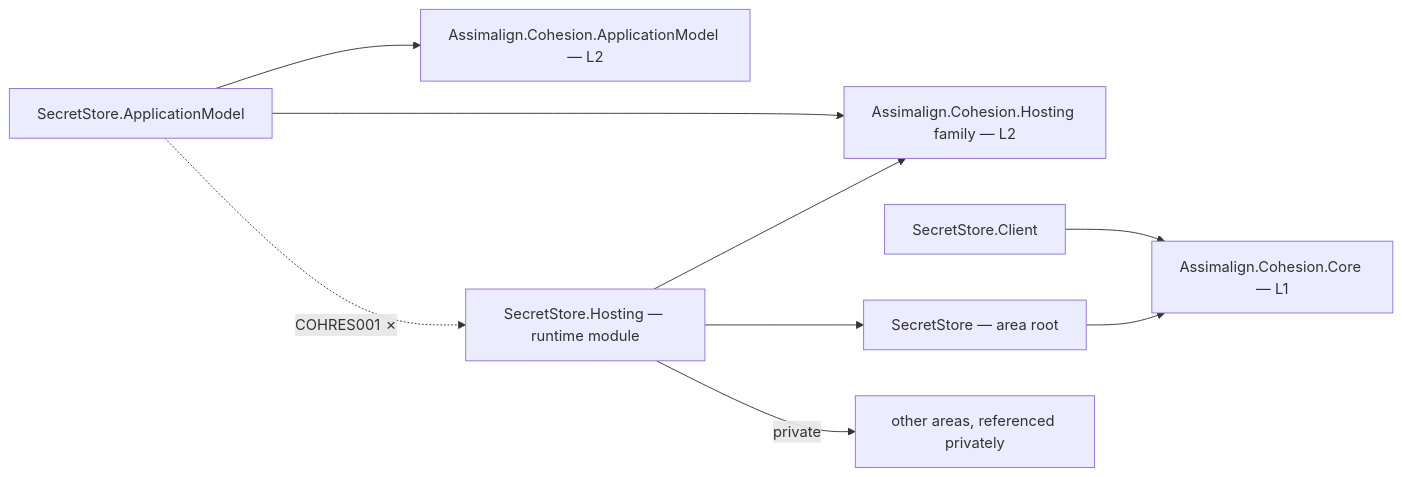
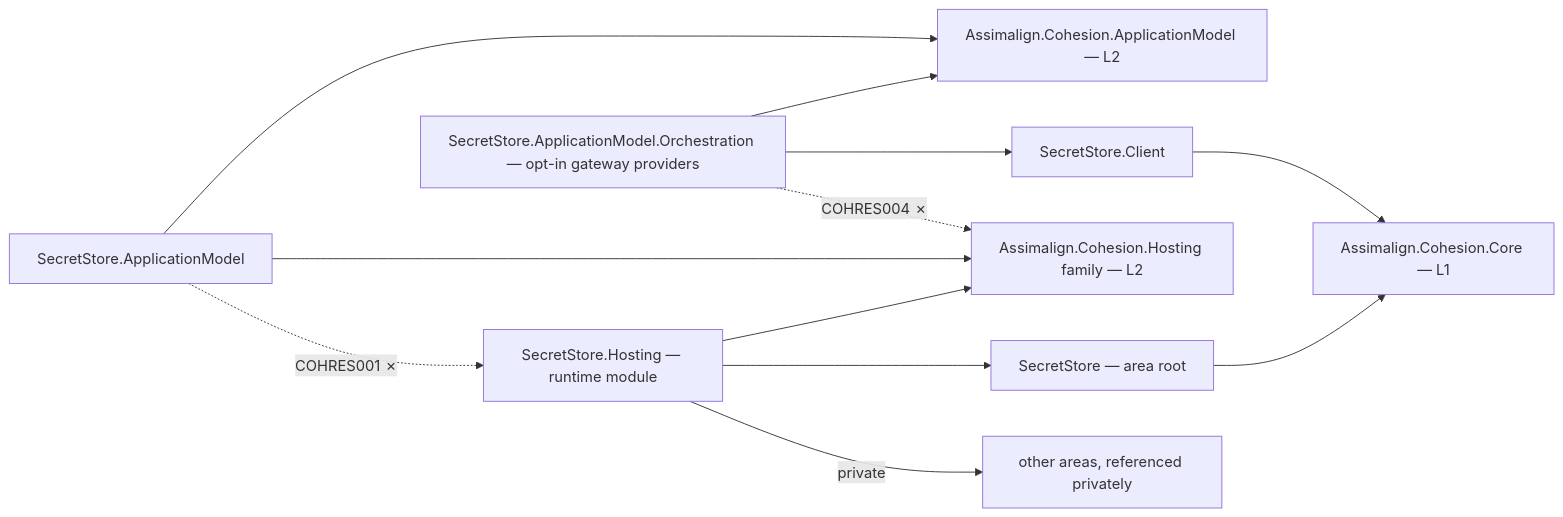
The diagram in resources/SecretStore/README.md (assimalign/cohesion), drawn with Mermaid before and after one commit. The commit also changed other lines of this file and 599 other files, not shown here.

````diff
--- a/resources/SecretStore/README.md
+++ b/resources/SecretStore/README.md
@@ -10,19 +10,23 @@
 ```mermaid
 flowchart LR
     P0["SecretStore — area root"]
     P1["SecretStore.ApplicationModel"]
     P2["SecretStore.Client"]
     P3["SecretStore.Hosting — runtime module"]
+    P4["SecretStore.ApplicationModel.Orchestration — opt-in gateway providers"]
     CORE["Assimalign.Cohesion.Core — L1"]
     HOSTFAM["Assimalign.Cohesion.Hosting family — L2"]
     APPMODEL["Assimalign.Cohesion.ApplicationModel — L2"]
     PRIV["other areas, referenced privately"]
     P0 --> CORE
     P1 --> APPMODEL
     P1 --> HOSTFAM
     P2 --> CORE
     P3 --> HOSTFAM
     P3 --> P0
     P3 -->|"private"| PRIV
+    P4 --> APPMODEL
+    P4 --> P2
     P1 -.->|"COHRES001 ✗"| P3
+    P4 -.->|"COHRES004 ✗"| HOSTFAM
 ```
````
